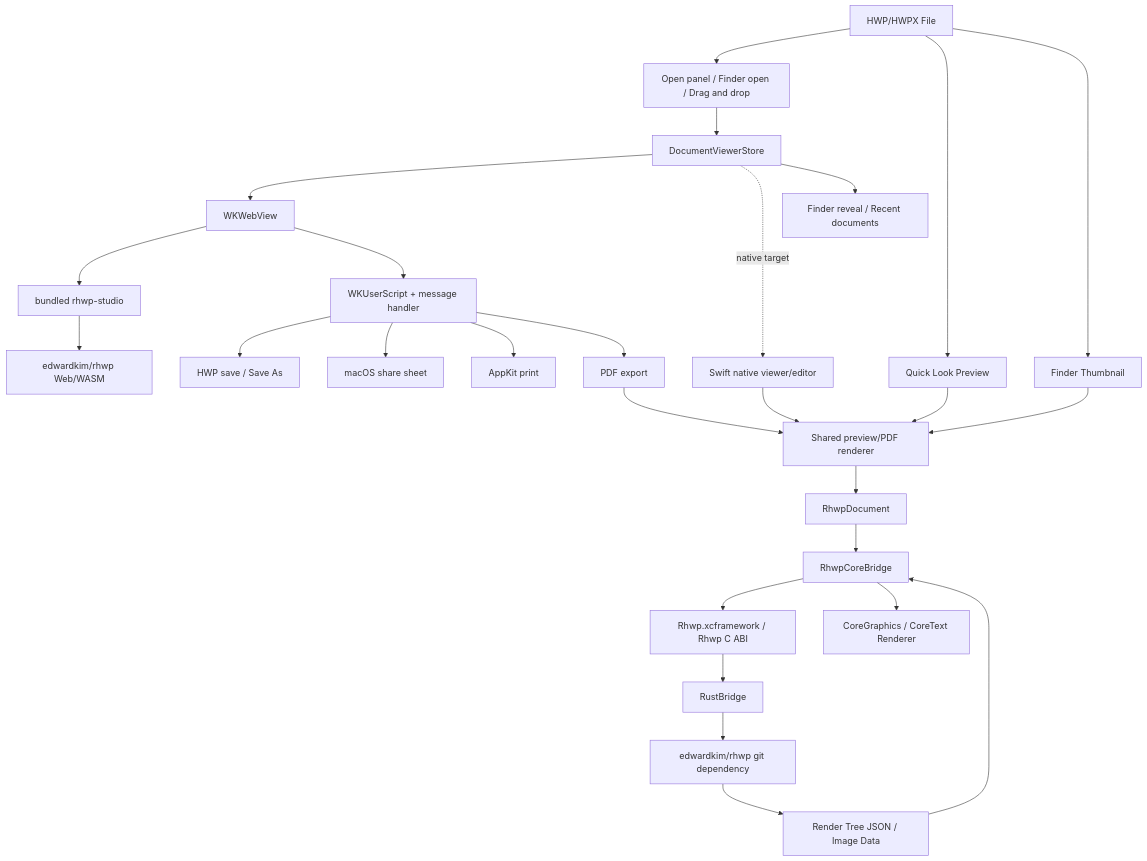
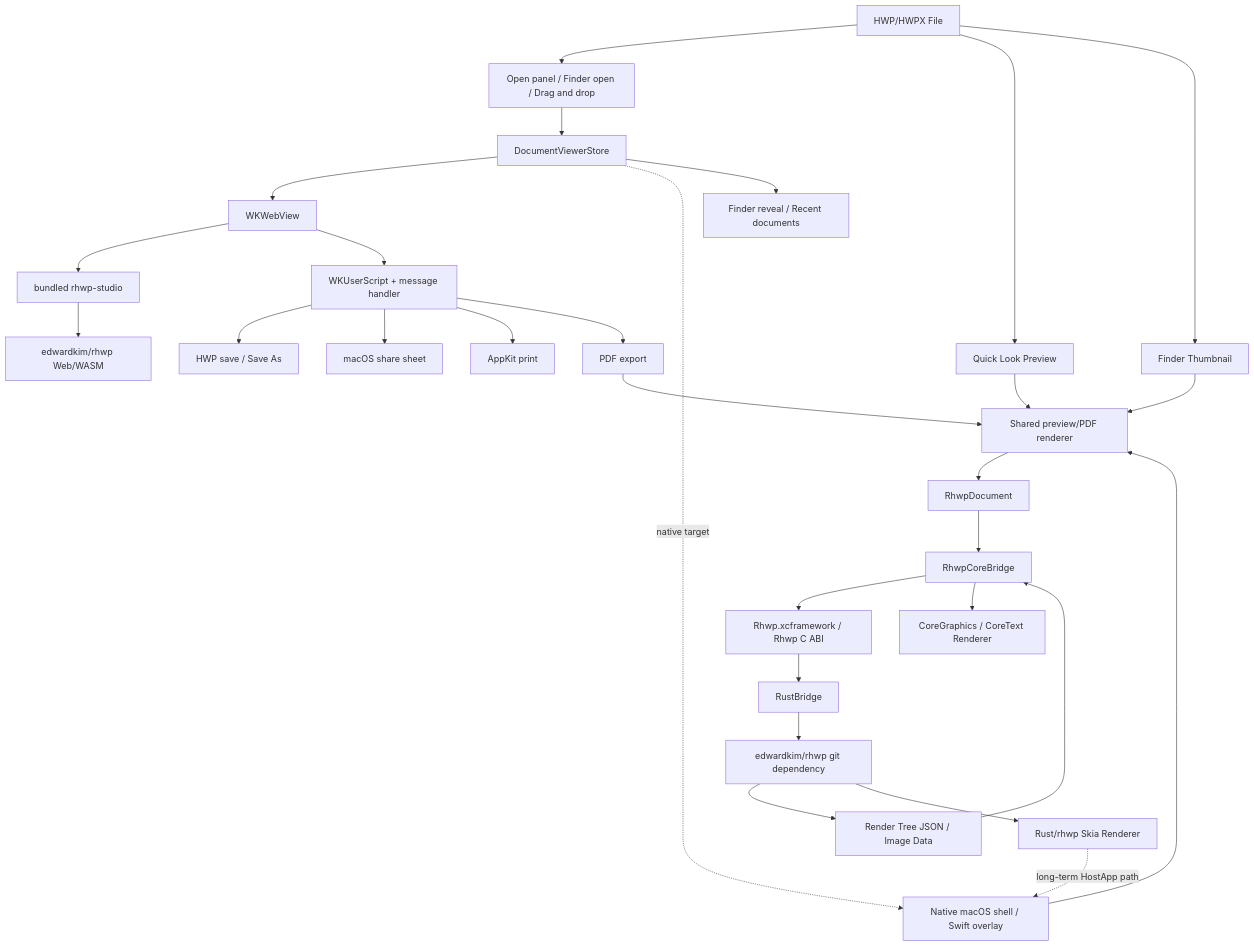
One commit to postmelee/alhangeul-macos changed the diagram in README.md. Above: the diagram before and after it, drawn with Mermaid. The commit also changed other lines of this file and 5 other files, not shown here.

````diff
--- a/README.md
+++ b/README.md
@@ -398,29 +398,31 @@
 ```mermaid
 graph TB
     HWP[HWP/HWPX File] --> Open[Open panel / Finder open / Drag and drop]
     Open --> Store[DocumentViewerStore]
     Store --> WebView[WKWebView]
     WebView --> Studio[bundled rhwp-studio]
     Studio --> WebCore[edwardkim/rhwp Web/WASM]
-    Store -. native target .-> NativeViewer[Swift native viewer/editor]
+    Store -. native target .-> NativeViewer[Native macOS shell / Swift overlay]
     WebView --> HostBridge[WKUserScript + message handler]
     HostBridge --> Save[HWP save / Save As]
     HostBridge --> Share[macOS share sheet]
     HostBridge --> Print[AppKit print]
     HostBridge --> PDF[PDF export]
     Store --> Reveal[Finder reveal / Recent documents]
     HWP --> Preview[Quick Look Preview]
     HWP --> Thumbnail[Finder Thumbnail]
     PDF --> Shared[Shared preview/PDF renderer]
     Preview --> Shared
     Thumbnail --> Shared
     NativeViewer --> Shared
     Shared --> Doc[RhwpDocument]
     Doc --> Bridge[RhwpCoreBridge]
     Bridge --> XC[Rhwp.xcframework / Rhwp C ABI]
     XC --> RustBridge[RustBridge]
     RustBridge --> Core[edwardkim/rhwp git dependency]
     Core --> Data[Render Tree JSON / Image Data]
     Data --> Bridge
     Bridge --> CG[CoreGraphics / CoreText Renderer]
+    Core --> Skia[Rust/rhwp Skia Renderer]
+    Skia -. long-term HostApp path .-> NativeViewer
 ```
````
